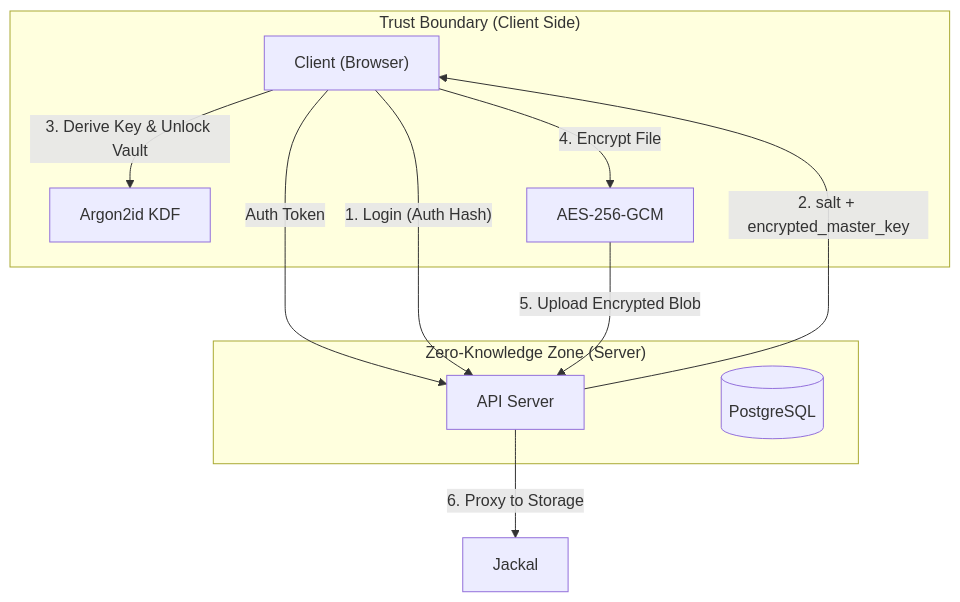
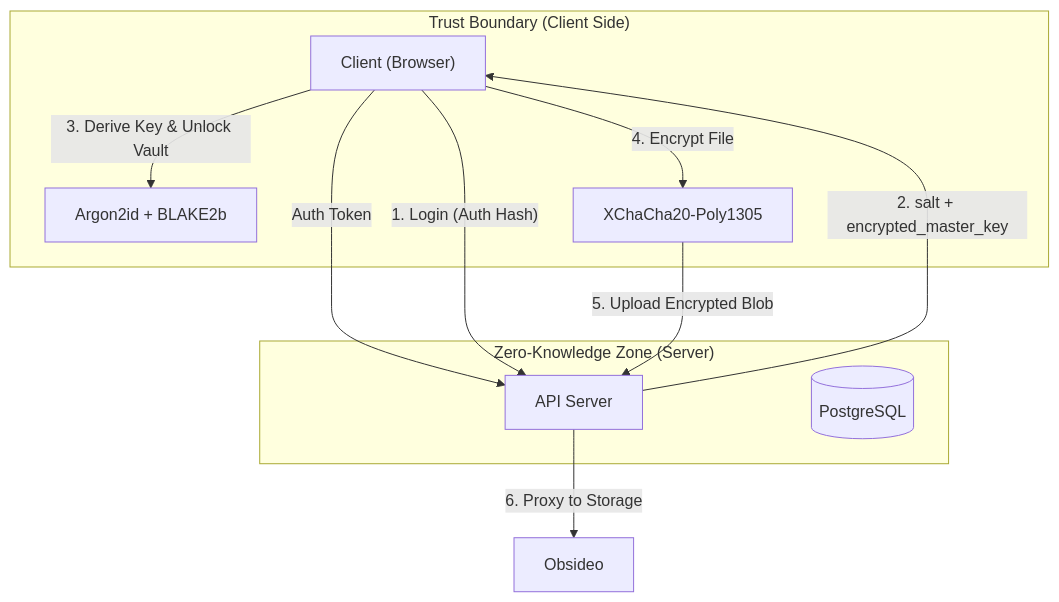
The first of 2 diagrams in README.md (jtoba66/Lazybird-Nest), drawn with Mermaid before and after one commit. The commit also changed other lines of this file and 34 other files, not shown here.

````diff
--- a/README.md
+++ b/README.md
@@ -19,22 +19,22 @@
 ```mermaid
 graph TD
     Client["Client (Browser)"] -->|Auth Token| Server[API Server]
     
     subgraph "Trust Boundary (Client Side)"
         Client
-        KeyDerivation[Argon2id KDF]
-        Encryption[AES-256-GCM]
+        KeyDerivation[Argon2id + BLAKE2b]
+        Encryption[XChaCha20-Poly1305]
     end
 
     subgraph "Zero-Knowledge Zone (Server)"
         Server
         DB[(PostgreSQL)]
     end
 
     Client -- "1. Login (Auth Hash)" --> Server
     Server -- "2. salt + encrypted_master_key" --> Client
     Client -- "3. Derive Key & Unlock Vault" --> KeyDerivation
     Client -- "4. Encrypt File" --> Encryption
     Encryption -- "5. Upload Encrypted Blob" --> Server
-    Server -- "6. Proxy to Storage" --> Jackal
+    Server -- "6. Proxy to Storage" --> Obsideo
 ```
````
